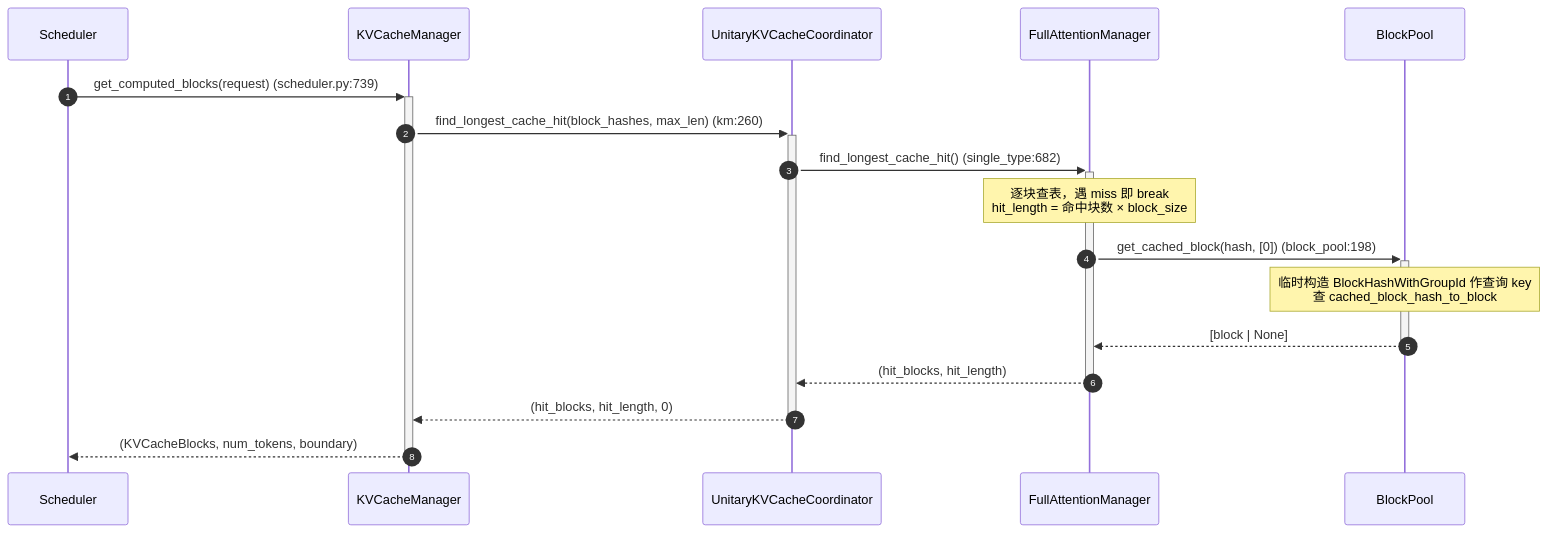
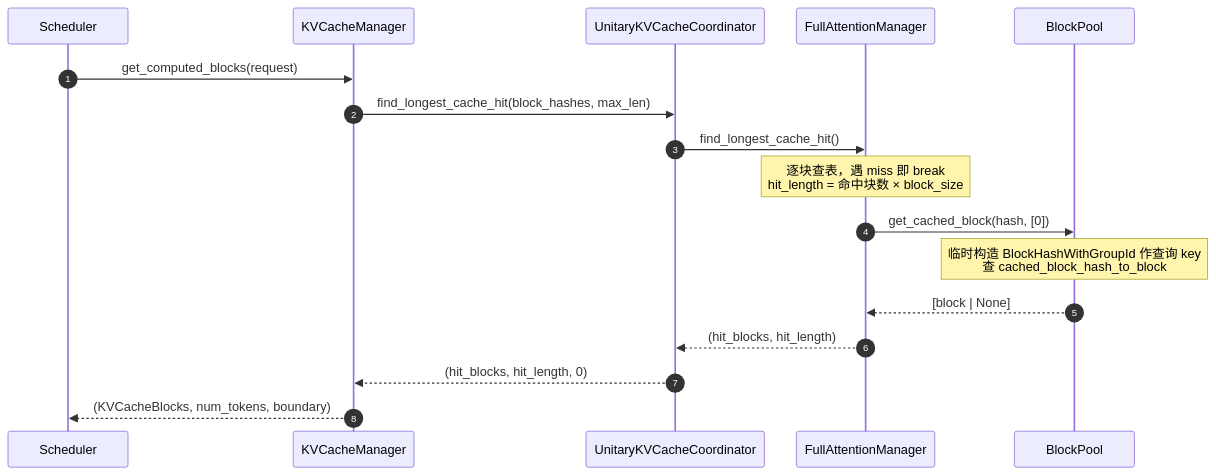
Before and after one commit to GoCHug/vllm: the fourth of 8 diagrams in vllm/v1/core/kvcache_docs/0_end_to_end_sequence.md, drawn with Mermaid. The commit also changed other lines of this file and 6 other files, not shown here.

````diff
--- a/vllm/v1/core/kvcache_docs/0_end_to_end_sequence.md
+++ b/vllm/v1/core/kvcache_docs/0_end_to_end_sequence.md
@@ -213,19 +225,20 @@
 ```mermaid
+%%{init: {"themeVariables": {"actorFontSize": "11px", "messageFontSize": "11px", "noteFontSize": "11px"}, "sequence": {"actorMargin": 40, "messageMargin": 16, "noteMargin": 8, "boxMargin": 8, "boxTextMargin": 4, "messageAlign": "center", "mirrorActors": true, "height": 45}}}%%
 sequenceDiagram
     autonumber
-    participant S as Scheduler
-    participant KM as KVCacheManager
-    participant CO as UnitaryKVCacheCoordinator
-    participant FM as FullAttentionManager
-    participant BP as BlockPool
-    S->>+KM: get_computed_blocks(request)   (scheduler.py:739)
-    KM->>+CO: find_longest_cache_hit(block_hashes, max_len)   (km:260)
-    CO->>+FM: find_longest_cache_hit()   (single_type:682)
-    Note over FM: 逐块查表，遇 miss 即 break<br/>hit_length = 命中块数 × block_size
-    FM->>+BP: get_cached_block(hash, [0])   (block_pool:198)
-    Note over BP: 临时构造 BlockHashWithGroupId 作查询 key<br/>查 cached_block_hash_to_block
-    BP-->>-FM: [block | None]
-    FM-->>-CO: (hit_blocks, hit_length)
-    CO-->>-KM: (hit_blocks, hit_length, 0)
-    KM-->>-S: (KVCacheBlocks, num_tokens, boundary)
+    participant Scheduler
+    participant KVCacheManager
+    participant UnitaryKVCacheCoordinator
+    participant FullAttentionManager
+    participant BlockPool
+    Scheduler->>KVCacheManager: get_computed_blocks(request)
+    KVCacheManager->>UnitaryKVCacheCoordinator: find_longest_cache_hit(block_hashes, max_len)
+    UnitaryKVCacheCoordinator->>FullAttentionManager: find_longest_cache_hit()
+    Note over FullAttentionManager: 逐块查表，遇 miss 即 break<br/>hit_length = 命中块数 × block_size
+    FullAttentionManager->>BlockPool: get_cached_block(hash, [0])
+    Note over BlockPool: 临时构造 BlockHashWithGroupId 作查询 key<br/>查 cached_block_hash_to_block
+    BlockPool-->>FullAttentionManager: [block | None]
+    FullAttentionManager-->>UnitaryKVCacheCoordinator: (hit_blocks, hit_length)
+    UnitaryKVCacheCoordinator-->>KVCacheManager: (hit_blocks, hit_length, 0)
+    KVCacheManager-->>Scheduler: (KVCacheBlocks, num_tokens, boundary)
 ```
````
